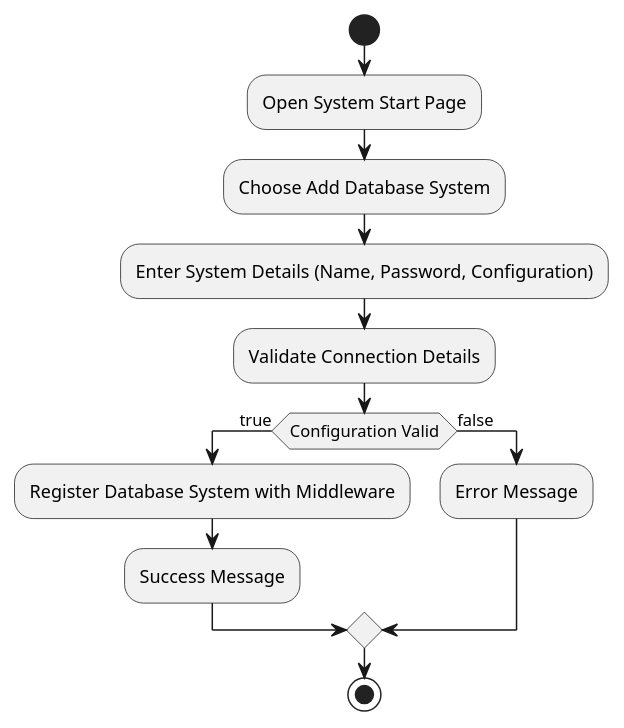
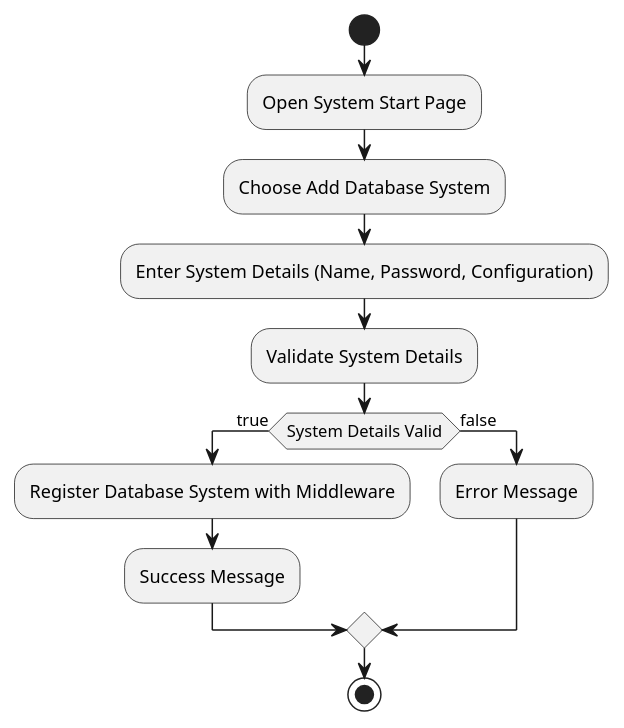
The diagram in PlantUML/ActivityDiagrams/AddDatabaseSystem.puml (adam-omah/Final-Year-Project-Documents), drawn with PlantUML before and after one commit. The commit also changed 11 other files, not shown here.

Commit message:
Added Use case documents, Updated Activity Diagrams as well.

```diff
--- a/PlantUML/ActivityDiagrams/AddDatabaseSystem.puml
+++ b/PlantUML/ActivityDiagrams/AddDatabaseSystem.puml
@@ -1,17 +1,17 @@
 @startuml
 start
 
 :Open System Start Page;
 :Choose Add Database System;
 
 :Enter System Details (Name, Password, Configuration);
-:Validate Connection Details;
+:Validate System Details;
 
-if (Configuration Valid) then (true)
+if (System Details Valid) then (true)
     :Register Database System with Middleware;
     :Success Message;
 else (false)
   :Error Message;
 endif
 stop
 @enduml
```
